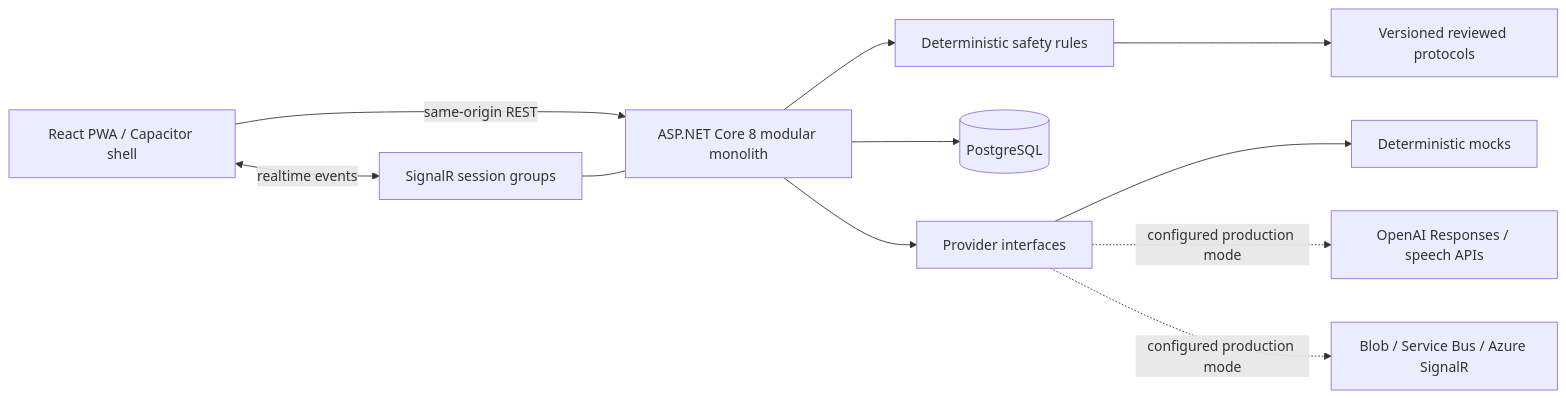
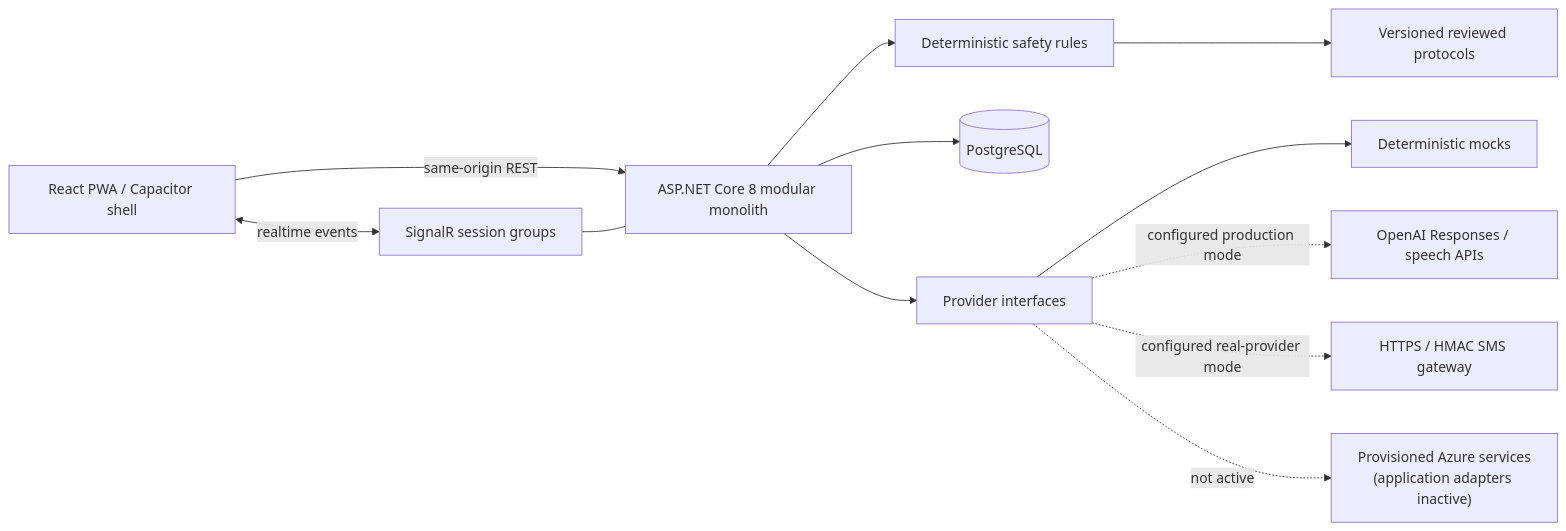
One commit to smahala093/Golden-Hour-AI changed the diagram in README.md. Above: the diagram before and after it, drawn with Mermaid. The commit also changed other lines of this file and 84 other files, not shown here.

````diff
--- a/README.md
+++ b/README.md
@@ -29,23 +30,25 @@
 ```mermaid
 flowchart LR
     Browser["React PWA / Capacitor shell"]
     Api["ASP.NET Core 8 modular monolith"]
     Rules["Deterministic safety rules"]
     Protocols["Versioned reviewed protocols"]
     Db[(PostgreSQL)]
     Hub["SignalR session groups"]
     Providers["Provider interfaces"]
     Mock["Deterministic mocks"]
     OpenAI["OpenAI Responses / speech APIs"]
-    Azure["Blob / Service Bus / Azure SignalR"]
+    SMS["HTTPS / HMAC SMS gateway"]
+    Azure["Provisioned Azure services\n(application adapters inactive)"]
 
     Browser -->|"same-origin REST"| Api
     Browser <-->|"realtime events"| Hub
     Hub --- Api
     Api --> Rules --> Protocols
     Api --> Db
     Api --> Providers
     Providers --> Mock
     Providers -. "configured production mode" .-> OpenAI
-    Providers -. "configured production mode" .-> Azure
+    Providers -. "configured real-provider mode" .-> SMS
+    Providers -. "not active" .-> Azure
 ```
````
